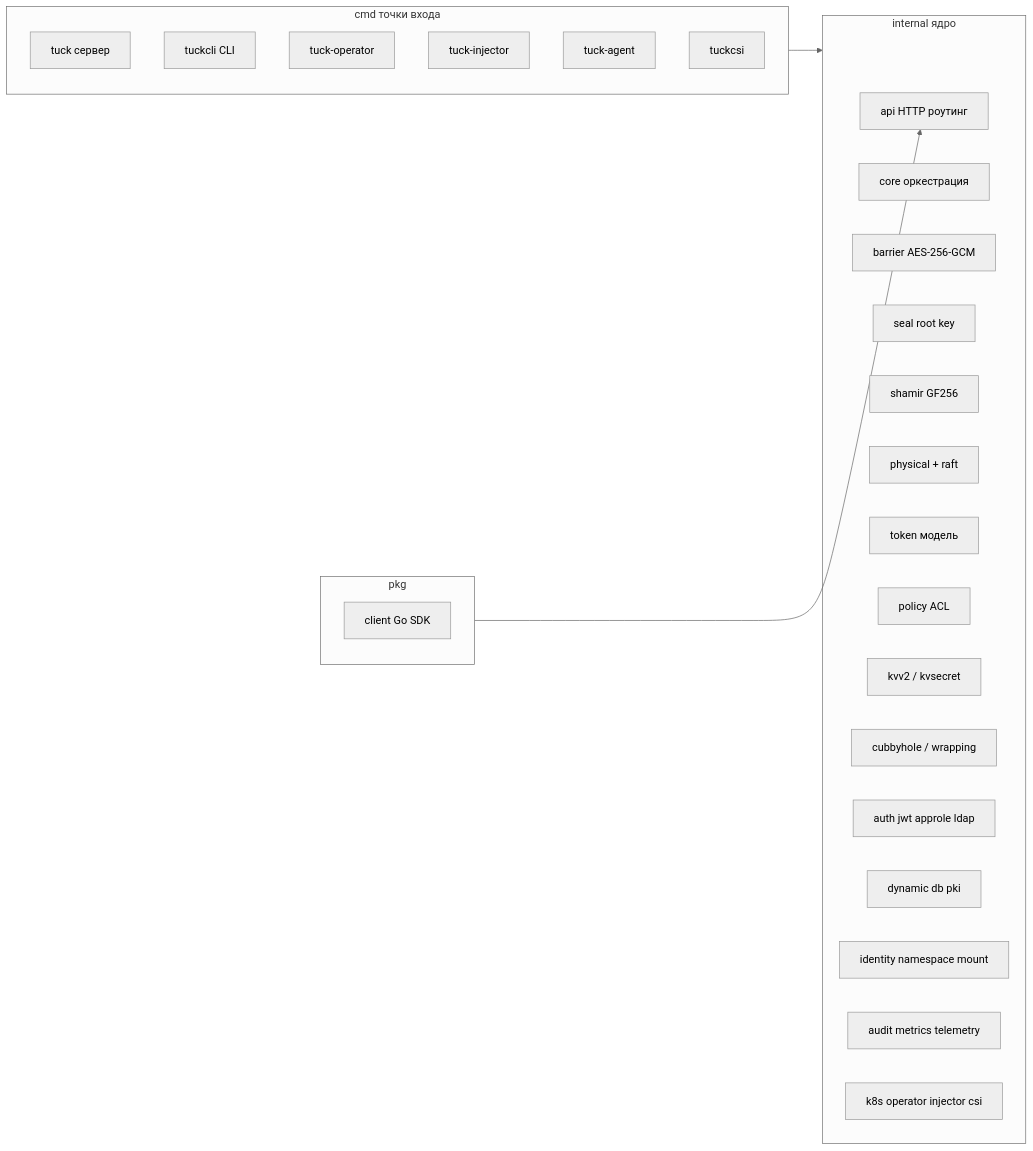
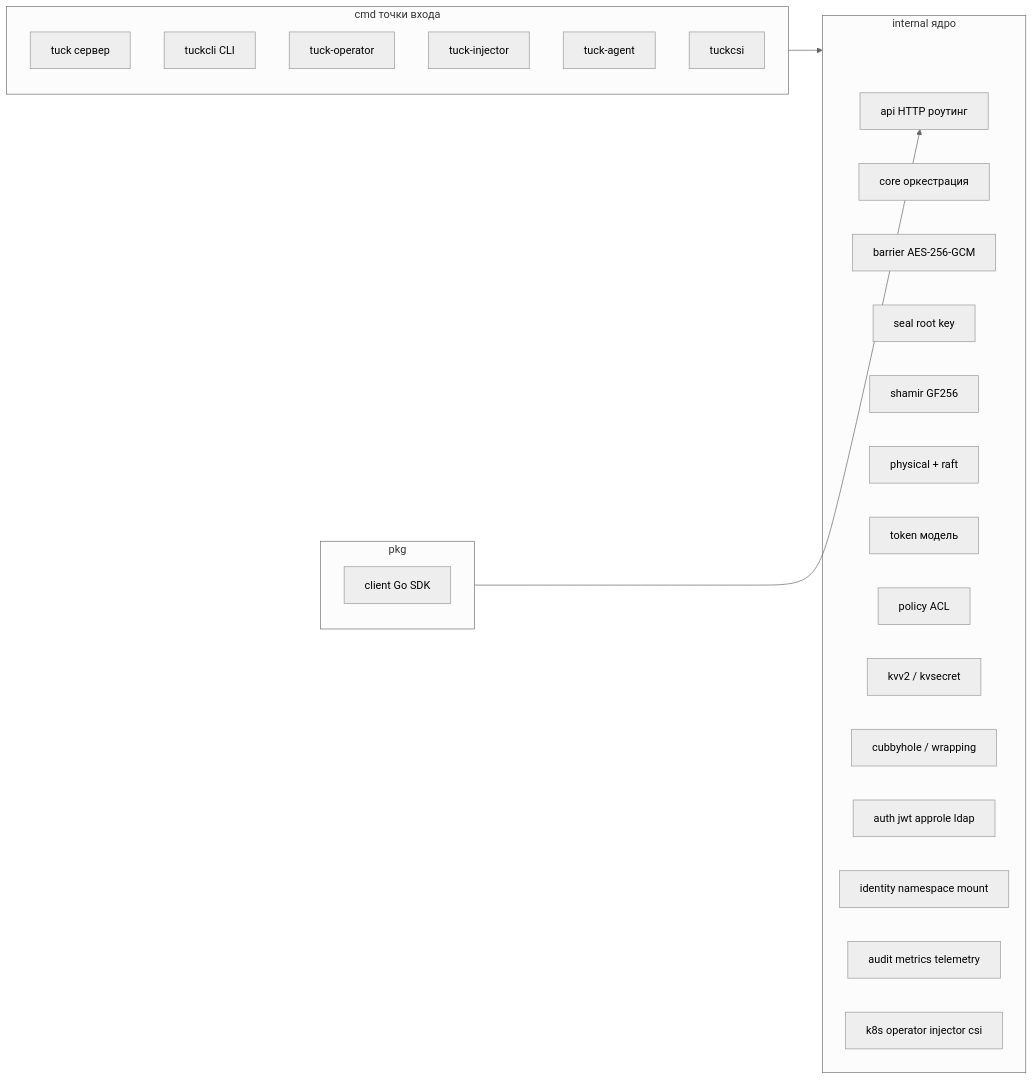
The second of 9 diagrams in docs/02-architecture.md (NAGenaev/tuck), drawn with Mermaid (neutral theme) before and after one commit. The commit also changed other lines of this file and 114 other files, not shown here.

````diff
--- a/docs/02-architecture.md
+++ b/docs/02-architecture.md
@@ -87,36 +84,35 @@
 ```mermaid
 flowchart LR
     subgraph cmd["cmd точки входа"]
         c1["tuck сервер"]
         c2["tuckcli CLI"]
         c3[tuck-operator]
         c4[tuck-injector]
         c5[tuck-agent]
         c6[tuckcsi]
     end
 
     subgraph internal["internal ядро"]
         i_api["api HTTP роутинг"]
         i_core["core оркестрация"]
         i_barrier["barrier AES-256-GCM"]
         i_seal["seal root key"]
         i_shamir["shamir GF256"]
         i_phys["physical + raft"]
         i_token["token модель"]
         i_policy["policy ACL"]
         i_kvv2["kvv2 / kvsecret"]
         i_cub["cubbyhole / wrapping"]
         i_auth["auth jwt approle ldap"]
-        i_dyn["dynamic db pki"]
         i_id["identity namespace mount"]
         i_obs["audit metrics telemetry"]
         i_k8s["k8s operator injector csi"]
     end
 
     subgraph pkg["pkg"]
         p_client["client Go SDK"]
     end
 
     cmd --> internal
     pkg --> i_api
 ```
````
